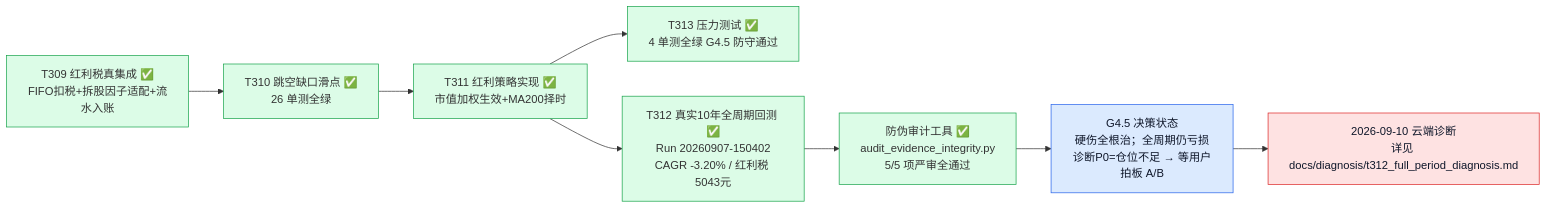
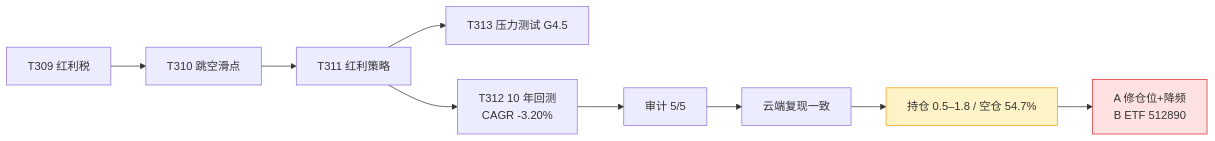
The third of 6 diagrams in docs/project_status_flowchart.md (YZml1507/FinAI2.0), drawn with Mermaid before and after one commit. The commit also changed other lines of this file and 1 other file, not shown here.

Commit message:
docs(flowchart): rebuild status HTML/MD with clean layout and 2026-09-10 diagnosis hold

````diff
--- a/docs/project_status_flowchart.md
+++ b/docs/project_status_flowchart.md
@@ -65,18 +46,12 @@
 ```mermaid
 flowchart LR
-  T309["T309 红利税真集成 ✅<br/>FIFO扣税+拆股因子适配+流水入账"] --> T310["T310 跳空缺口滑点 ✅<br/>26 单测全绿"]
-  T310 --> T311["T311 红利策略实现 ✅<br/>市值加权生效+MA200择时"]
-  T311 --> T313["T313 压力测试 ✅<br/>4 单测全绿 G4.5 防守通过"]
-  T311 --> T312["T312 真实10年全周期回测 ✅<br/>Run 20260907-150402<br/>CAGR -3.20% / 红利税 5043元"]
-  T312 --> AUDIT["防伪审计工具 ✅<br/>audit_evidence_integrity.py<br/>5/5 项严审全通过"]
-  AUDIT --> G45["G4.5 决策状态<br/>硬伤全根治；全周期仍亏损<br/>诊断P0=仓位不足 → 等用户拍板 A/B"]
-  G45 --> DIAG2["2026-09-10 云端诊断<br/>详见 docs/diagnosis/t312_full_period_diagnosis.md"]
-  style T309 fill:#dcfce7,stroke:#16a34a
-  style T310 fill:#dcfce7,stroke:#16a34a
-  style T311 fill:#dcfce7,stroke:#16a34a
-  style T313 fill:#dcfce7,stroke:#16a34a
-  style T312 fill:#dcfce7,stroke:#16a34a
-  style AUDIT fill:#dcfce7,stroke:#16a34a
-  style G45 fill:#dbeafe,stroke:#2563eb,color:#0f172a
-  style DIAG2 fill:#fee2e2,stroke:#dc2626,color:#0f172a
+  T309["T309 红利税"] --> T310["T310 跳空滑点"] --> T311["T311 红利策略"]
+  T311 --> T313["T313 压力测试 G4.5"]
+  T311 --> T312["T312 10 年回测<br/>CAGR -3.20%"]
+  T312 --> AUDIT["审计 5/5"]
+  AUDIT --> CLOUD2["云端复现一致"]
+  CLOUD2 --> DIAG2["持仓 0.5–1.8 / 空仓 54.7%"]
+  DIAG2 --> DECIDE["A 修仓位+降频<br/>B ETF 512890"]
+  style DIAG2 fill:#fef3c7,stroke:#f59e0b
+  style DECIDE fill:#fee2e2,stroke:#dc2626
 ```
````
